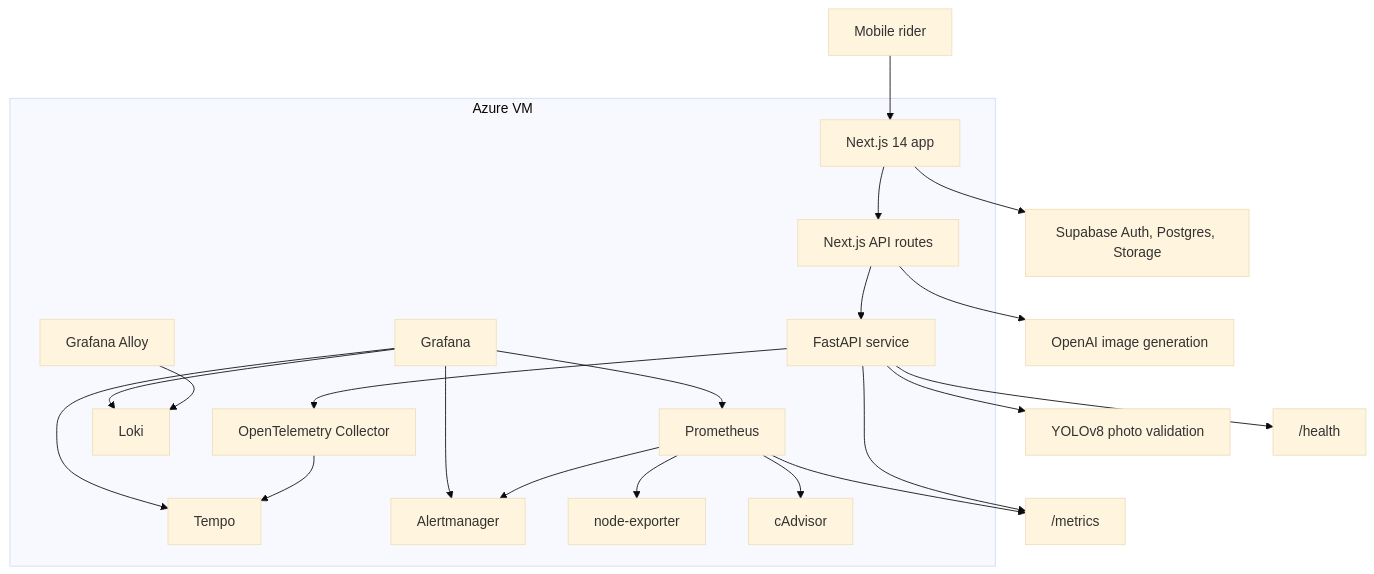
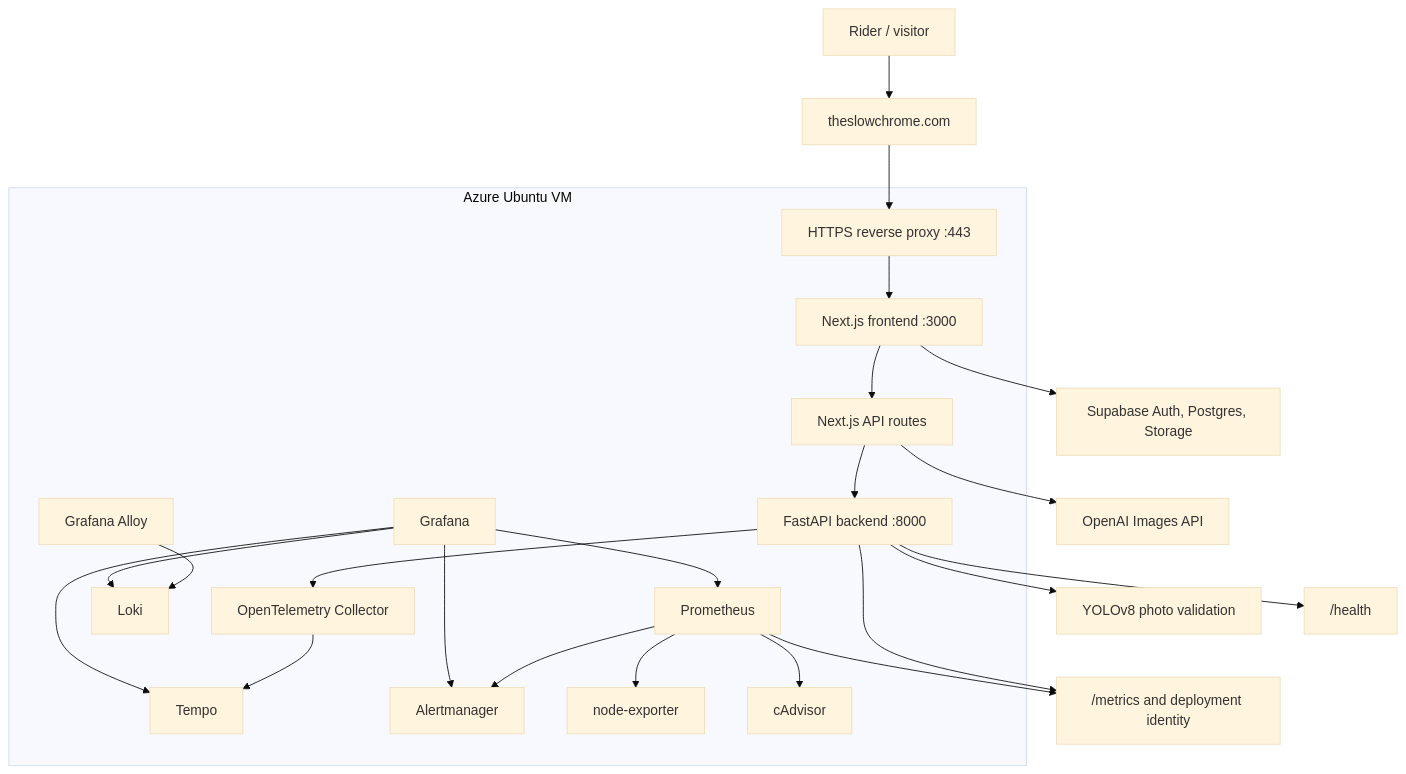
Before and after one commit to hzzcoding/SlowChrome-Showcase: the first of 4 diagrams in docs/technical-case-study.md, drawn with Mermaid (base theme). The commit also changed other lines of this file and 1 other file, not shown here.

````diff
--- a/docs/technical-case-study.md
+++ b/docs/technical-case-study.md
@@ -9,38 +9,41 @@
 ```mermaid
 flowchart TD
-    user["Mobile rider"] --> frontend["Next.js 14 app"]
+    user["Rider / visitor"] --> domain["theslowchrome.com"]
+    domain --> proxy["HTTPS reverse proxy :443"]
+    proxy --> frontend["Next.js frontend :3000"]
     frontend --> api["Next.js API routes"]
-    api --> backend["FastAPI service"]
+    api --> backend["FastAPI backend :8000"]
     backend --> detector["YOLOv8 photo validation"]
-    api --> openai["OpenAI image generation"]
+    api --> openai["OpenAI Images API"]
     frontend --> supabase["Supabase Auth, Postgres, Storage"]
 
-    subgraph azure["Azure VM"]
+    subgraph vm["Azure Ubuntu VM"]
+        proxy
         frontend
         api
         backend
         prometheus["Prometheus"]
         grafana["Grafana"]
         loki["Loki"]
         alloy["Grafana Alloy"]
         tempo["Tempo"]
         otel["OpenTelemetry Collector"]
         alertmanager["Alertmanager"]
         node["node-exporter"]
         cadvisor["cAdvisor"]
     end
 
     backend --> health["/health"]
-    backend --> metrics["/metrics"]
+    backend --> metrics["/metrics and deployment identity"]
     prometheus --> metrics
     prometheus --> node
     prometheus --> cadvisor
     backend --> otel
     otel --> tempo
     alloy --> loki
     prometheus --> alertmanager
     grafana --> prometheus
     grafana --> loki
     grafana --> tempo
     grafana --> alertmanager
 ```
````
